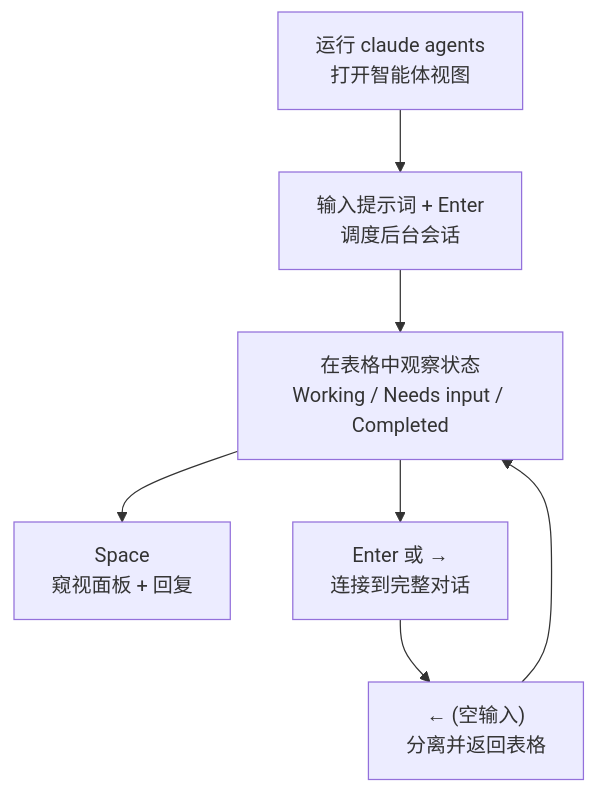
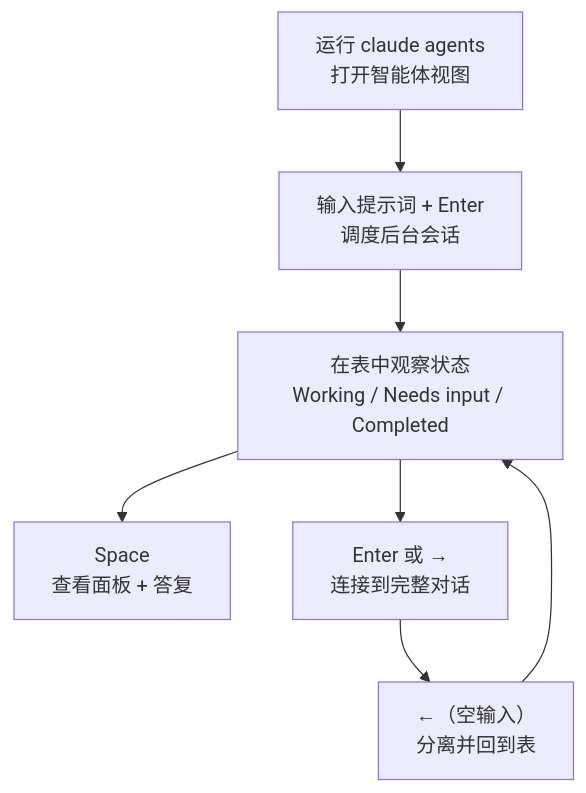
Before and after one commit to modu-ai/moai-adk: the diagram in docs-site/content/zh/claude-code/agentic/agent-view.md, drawn with Mermaid. The commit also changed other lines of this file and 395 other files, not shown here.

````diff
--- a/docs-site/content/zh/claude-code/agentic/agent-view.md
+++ b/docs-site/content/zh/claude-code/agentic/agent-view.md
@@ -94,9 +94,9 @@
 ```mermaid
 flowchart TD
     A["运行 claude agents<br/>打开智能体视图"] --> B["输入提示词 + Enter<br/>调度后台会话"]
-    B --> C["在表格中观察状态<br/>Working / Needs input / Completed"]
-    C --> D["Space<br/>窥视面板 + 回复"]
+    B --> C["在表中观察状态<br/>Working / Needs input / Completed"]
+    C --> D["Space<br/>查看面板 + 答复"]
     C --> E["Enter 或 →<br/>连接到完整对话"]
-    E --> F["← (空输入)<br/>分离并返回表格"]
+    E --> F["←（空输入）<br/>分离并回到表"]
     F --> C
 ```
````
